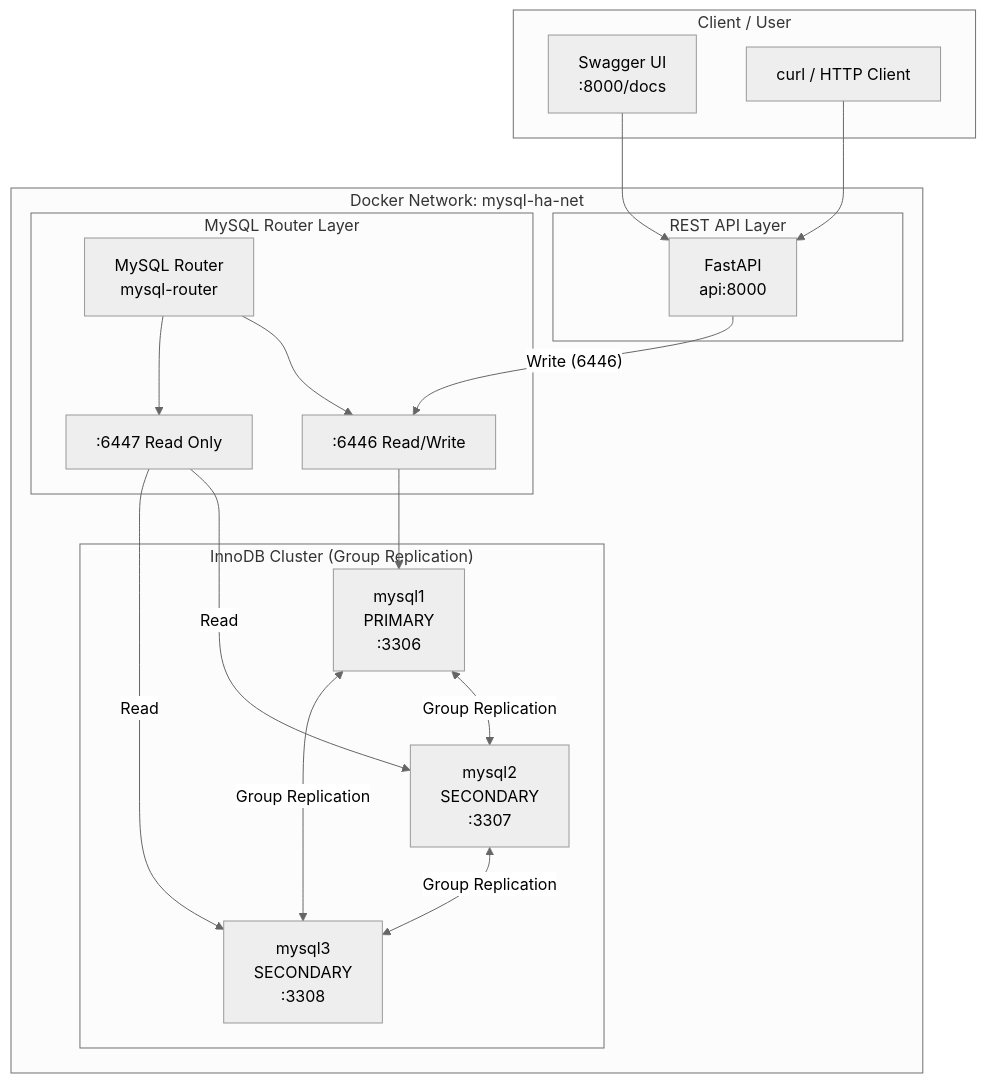
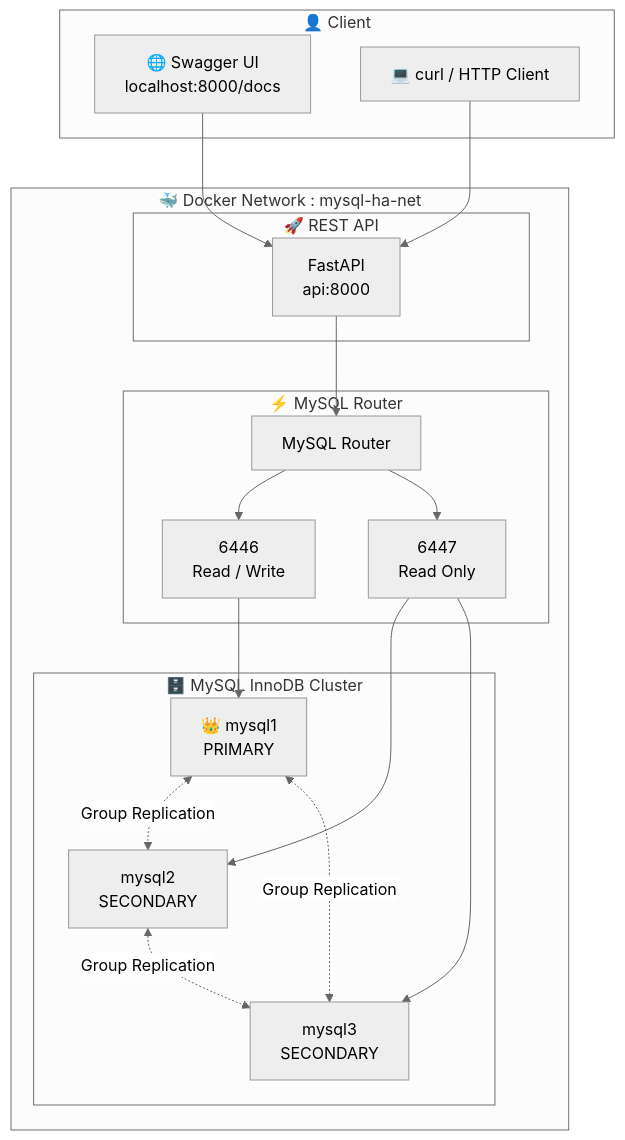
Before and after one commit to krisnadwiki/mysql-ha-lab: the diagram in docs/01-architecture.md, drawn with Mermaid (neutral theme). The commit also changed 3 other files, not shown here.

````diff
--- a/docs/01-architecture.md
+++ b/docs/01-architecture.md
@@ -18,37 +18,75 @@
 ```mermaid
-graph TB
-    subgraph Client["Client / User"]
-        SW[Swagger UI<br/>:8000/docs]
-        CURL[curl / HTTP Client]
-    end
+flowchart TB
 
-    subgraph Docker["Docker Network: mysql-ha-net"]
-        subgraph API["REST API Layer"]
-            FASTAPI[FastAPI<br/>api:8000]
-        end
+%% ==========================
+%% CLIENT
+%% ==========================
+subgraph CLIENT["👤 Client"]
+    SW["🌐 Swagger UI<br/>localhost:8000/docs"]
+    CURL["💻 curl / HTTP Client"]
+end
 
-        subgraph Router["MySQL Router Layer"]
-            MR[MySQL Router<br/>mysql-router]
-            RW[":6446 Read/Write"]
-            RO[":6447 Read Only"]
-            MR --> RW
-            MR --> RO
-        end
+%% ==========================
+%% DOCKER NETWORK
+%% ==========================
+subgraph DOCKER["🐳 Docker Network : mysql-ha-net"]
 
-        subgraph Cluster["InnoDB Cluster (Group Replication)"]
-            M1[mysql1<br/>PRIMARY<br/>:3306]
-            M2[mysql2<br/>SECONDARY<br/>:3307]
-            M3[mysql3<br/>SECONDARY<br/>:3308]
-            M1 <-->|Group Replication| M2
-            M2 <-->|Group Replication| M3
-            M1 <-->|Group Replication| M3
-        end
-    end
+%% API
+subgraph API["🚀 REST API"]
+    FASTAPI["FastAPI<br/>api:8000"]
+end
 
-    SW --> FASTAPI
-    CURL --> FASTAPI
-    FASTAPI -->|"Write (6446)"| RW
-    RW --> M1
-    RO -->|"Read"| M2
-    RO -->|"Read"| M3
+%% Router
+subgraph ROUTER["⚡ MySQL Router"]
+    MYSQLROUTER["MySQL Router"]
+
+    RW["6446<br/>Read / Write"]
+
+    RO["6447<br/>Read Only"]
+end
+
+%% Cluster
+subgraph CLUSTER["🗄️ MySQL InnoDB Cluster"]
+
+    PRIMARY["👑 mysql1<br/>PRIMARY"]
+
+    SECONDARY1["mysql2<br/>SECONDARY"]
+
+    SECONDARY2["mysql3<br/>SECONDARY"]
+
+end
+
+end
+
+%% ==========================
+%% Client Flow
+%% ==========================
+SW --> FASTAPI
+CURL --> FASTAPI
+
+%% ==========================
+%% API
+%% ==========================
+FASTAPI --> MYSQLROUTER
+
+%% ==========================
+%% Router
+%% ==========================
+MYSQLROUTER --> RW
+MYSQLROUTER --> RO
+
+%% ==========================
+%% Database
+%% ==========================
+RW --> PRIMARY
+
+RO --> SECONDARY1
+RO --> SECONDARY2
+
+%% ==========================
+%% Group Replication
+%% ==========================
+PRIMARY <-. Group Replication .-> SECONDARY1
+PRIMARY <-. Group Replication .-> SECONDARY2
+SECONDARY1 <-. Group Replication .-> SECONDARY2
 ```
````
